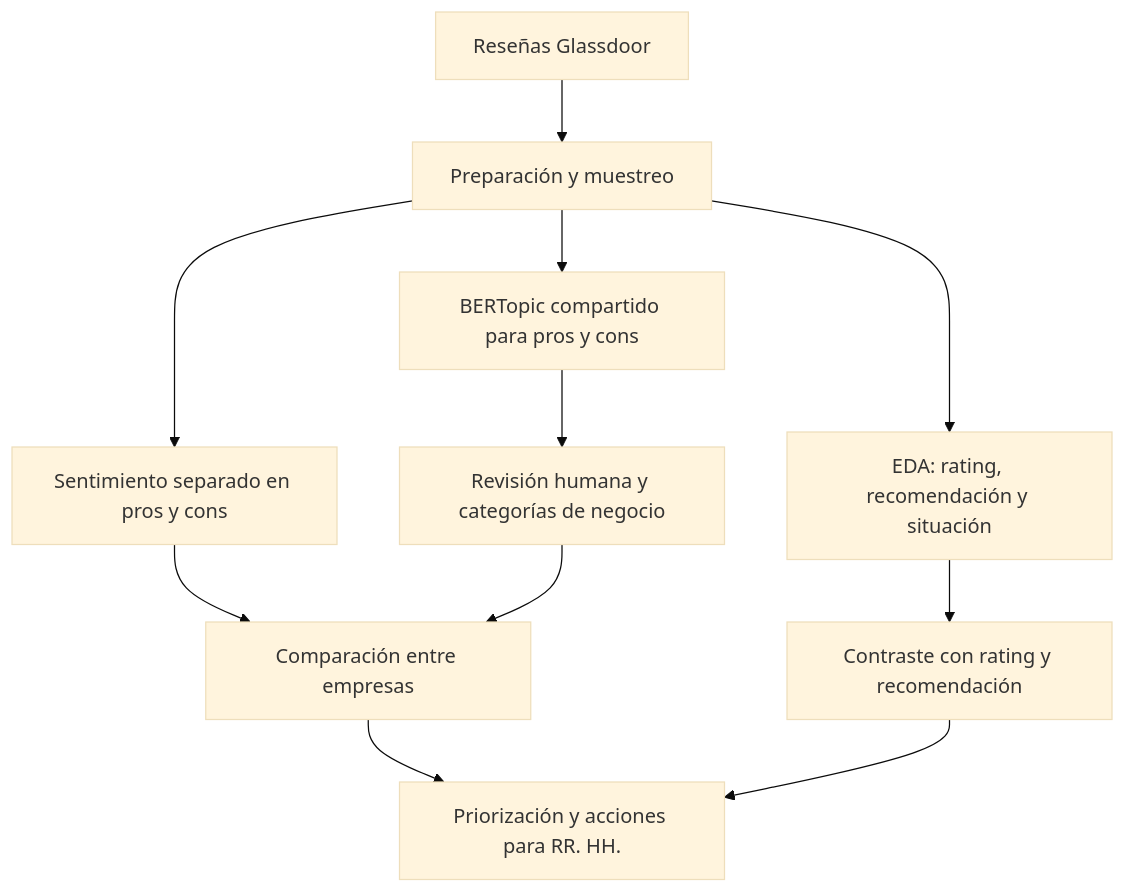
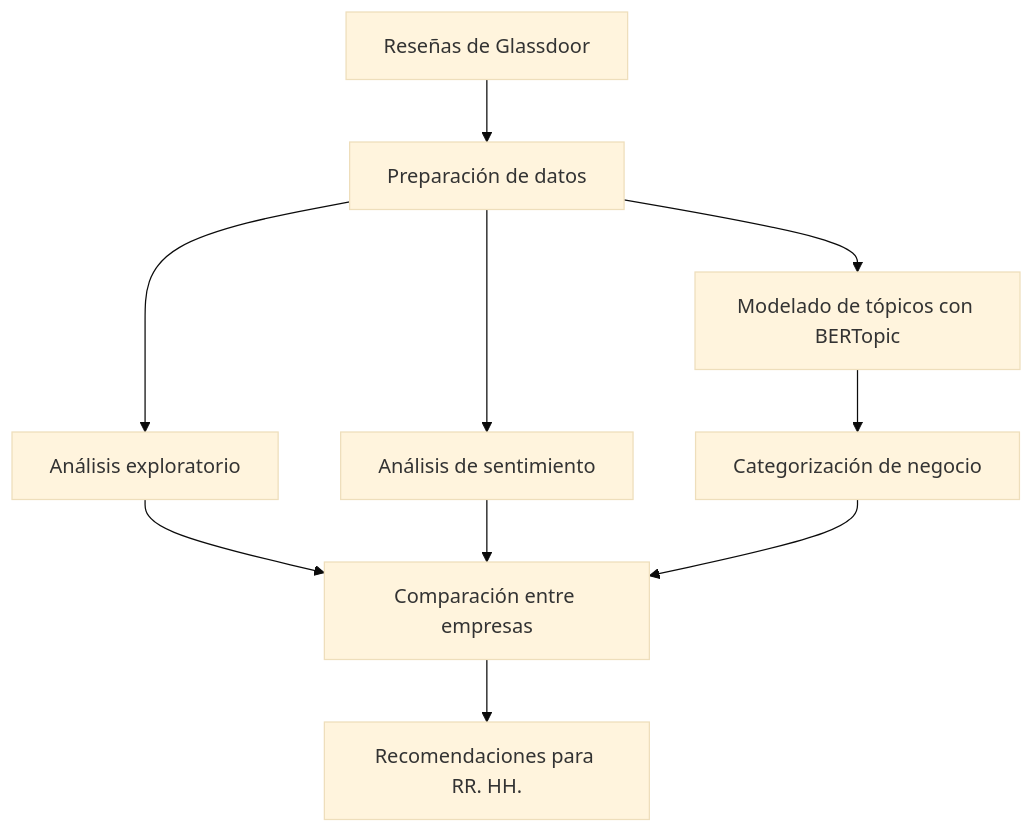
Before and after one commit to migueldevesaferrer/consulting-it-employer-reputation-intelligence: the diagram in README.md, drawn with Mermaid (base theme). The commit also changed other lines of this file and 5 other files, not shown here.

````diff
--- a/README.md
+++ b/README.md
@@ -36,13 +47,12 @@
 ```mermaid
 flowchart TD
-    A[Reseñas Glassdoor] --> B[Preparación y muestreo]
-    B --> C[EDA: rating, recomendación y situación]
-    B --> D[Sentimiento separado en pros y cons]
-    B --> E[BERTopic compartido para pros y cons]
-    E --> F[Revisión humana y categorías de negocio]
-    D --> G[Comparación entre empresas]
+    A[Reseñas de Glassdoor] --> B[Preparación de datos]
+    B --> C[Análisis exploratorio]
+    B --> D[Análisis de sentimiento]
+    B --> E[Modelado de tópicos con BERTopic]
+    E --> F[Categorización de negocio]
+    C --> G[Comparación entre empresas]
+    D --> G
     F --> G
-    C --> H[Contraste con rating y recomendación]
-    G --> I[Priorización y acciones para RR. HH.]
-    H --> I
+    G --> H[Recomendaciones para RR. HH.]
 ```
````
